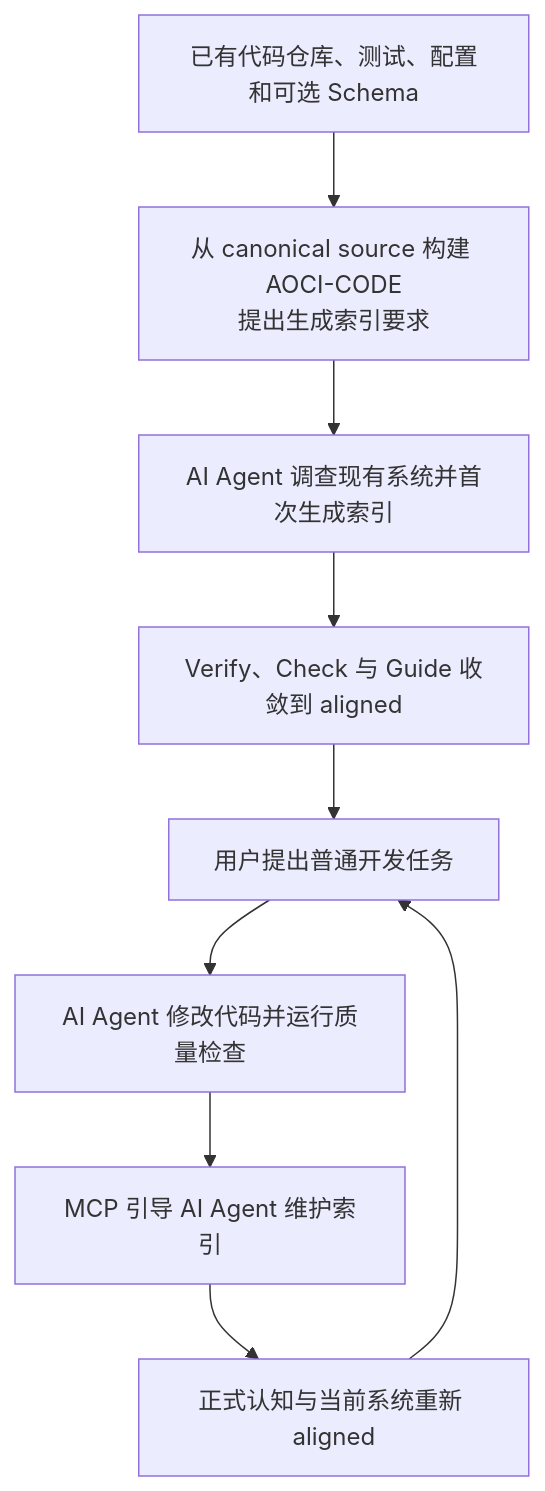
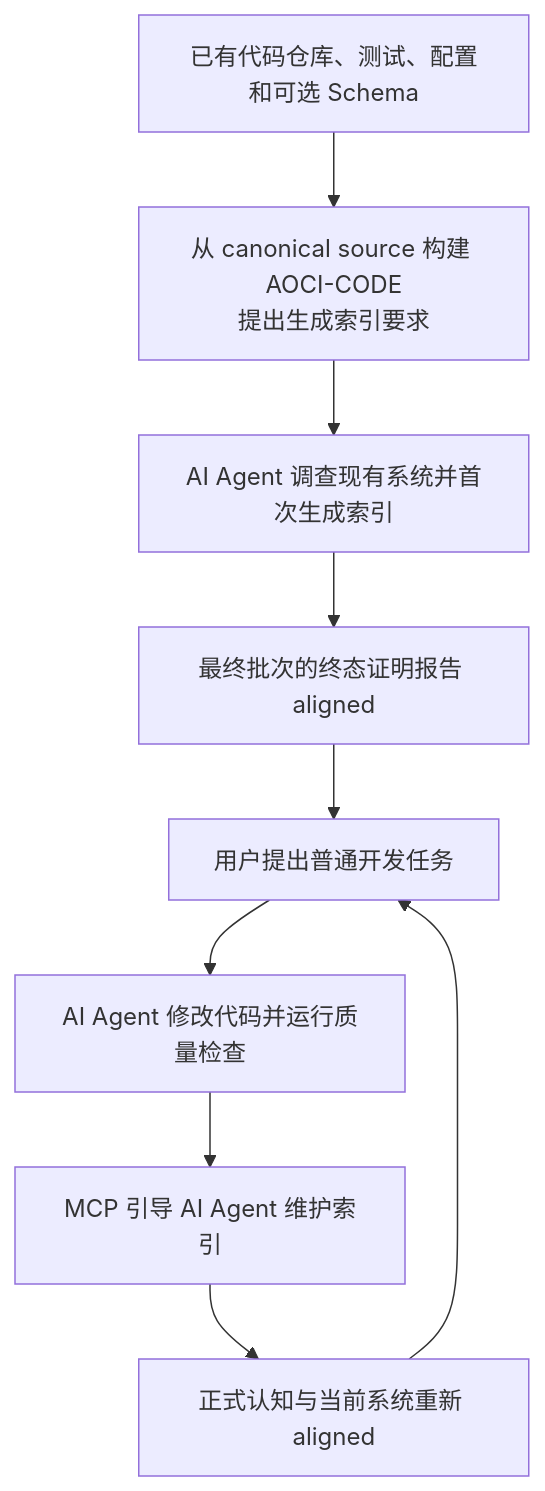
The second of 2 diagrams in README.zh-CN.md (aoci-spec/aoci-code), drawn with Mermaid before and after one commit. The commit also changed other lines of this file and 44 other files, not shown here.

````diff
--- a/README.zh-CN.md
+++ b/README.zh-CN.md
@@ -337,11 +337,11 @@
 ```mermaid
 flowchart TD
     R["已有代码仓库、测试、配置和可选 Schema"] --> B["从 canonical source 构建 AOCI-CODE<br/>提出生成索引要求"]
     B --> E["AI Agent 调查现有系统并首次生成索引"]
-    E --> V["Verify、Check 与 Guide 收敛到 aligned"]
+    E --> V["最终批次的终态证明报告 aligned"]
     V --> T["用户提出普通开发任务"]
     T --> C["AI Agent 修改代码并运行质量检查"]
     C --> U["MCP 引导 AI Agent 维护索引"]
     U --> G["正式认知与当前系统重新 aligned"]
     G --> T
 ```
````
